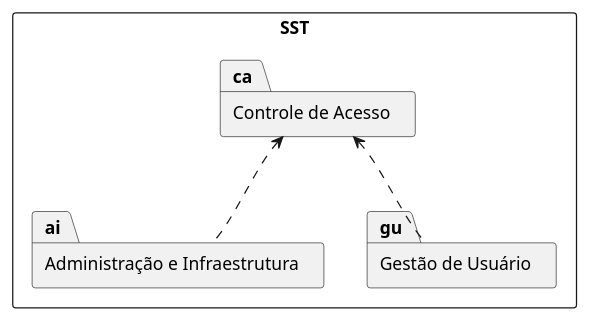
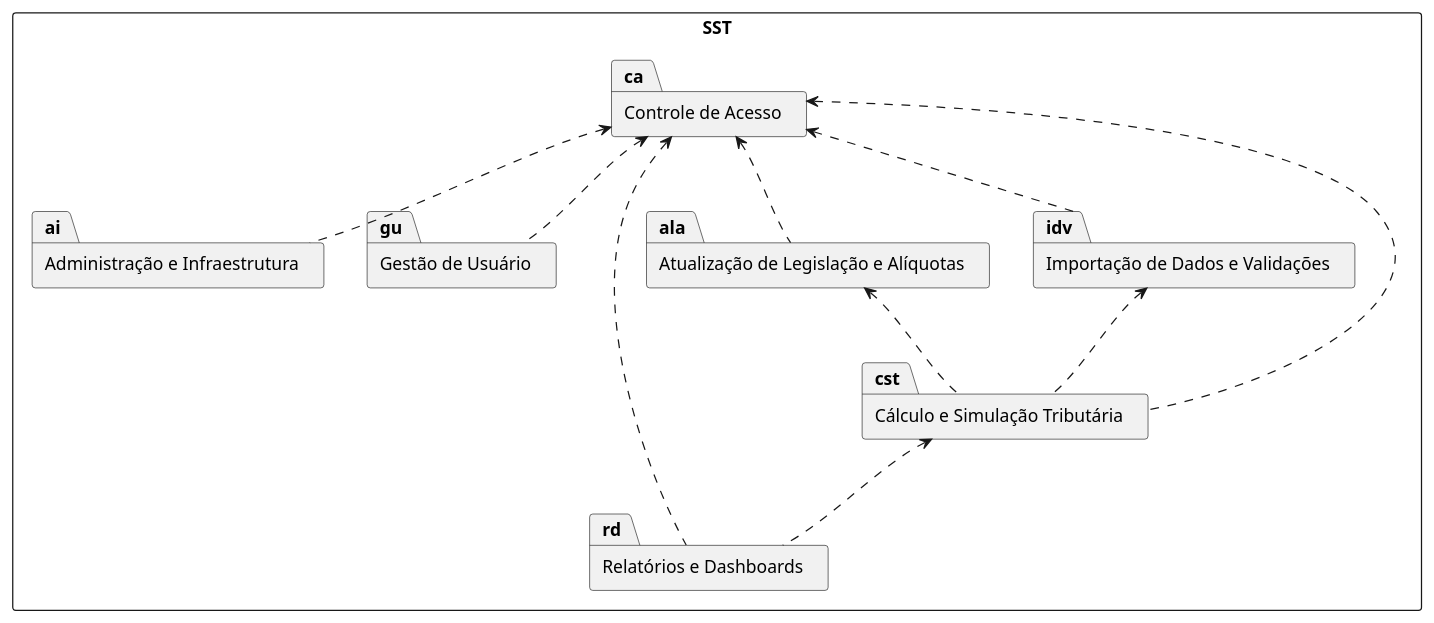
One commit to araujofs/sst changed the diagram in specs/diagrams/uml/general.puml. Above: the diagram before and after it, drawn with PlantUML.

Commit message:
feat: add final general diagram

```diff
--- a/specs/diagrams/uml/general.puml
+++ b/specs/diagrams/uml/general.puml
@@ -1,15 +1,25 @@
 @startuml geral
 ' left to right direction
 
 rectangle SST {
   package "Administração e Infraestrutura" as ai
-
   package "Controle de Acesso" as ca
-
   package "Gestão de Usuário" as gu
+  package "Atualização de Legislação e Alíquotas" as ala
+  package "Relatórios e Dashboards" as rd
+  package "Importação de Dados e Validações" as idv
+  package "Cálculo e Simulação Tributária" as cst
 
   ca <.. gu
   ca <.. ai
+  ca <.. cst
+  ca <.. ala
+  ca <.. rd
+  ca <.. idv
+
+  cst <.. rd
+  idv <.. cst
+  ala <.. cst
 }
 
 @enduml
```
